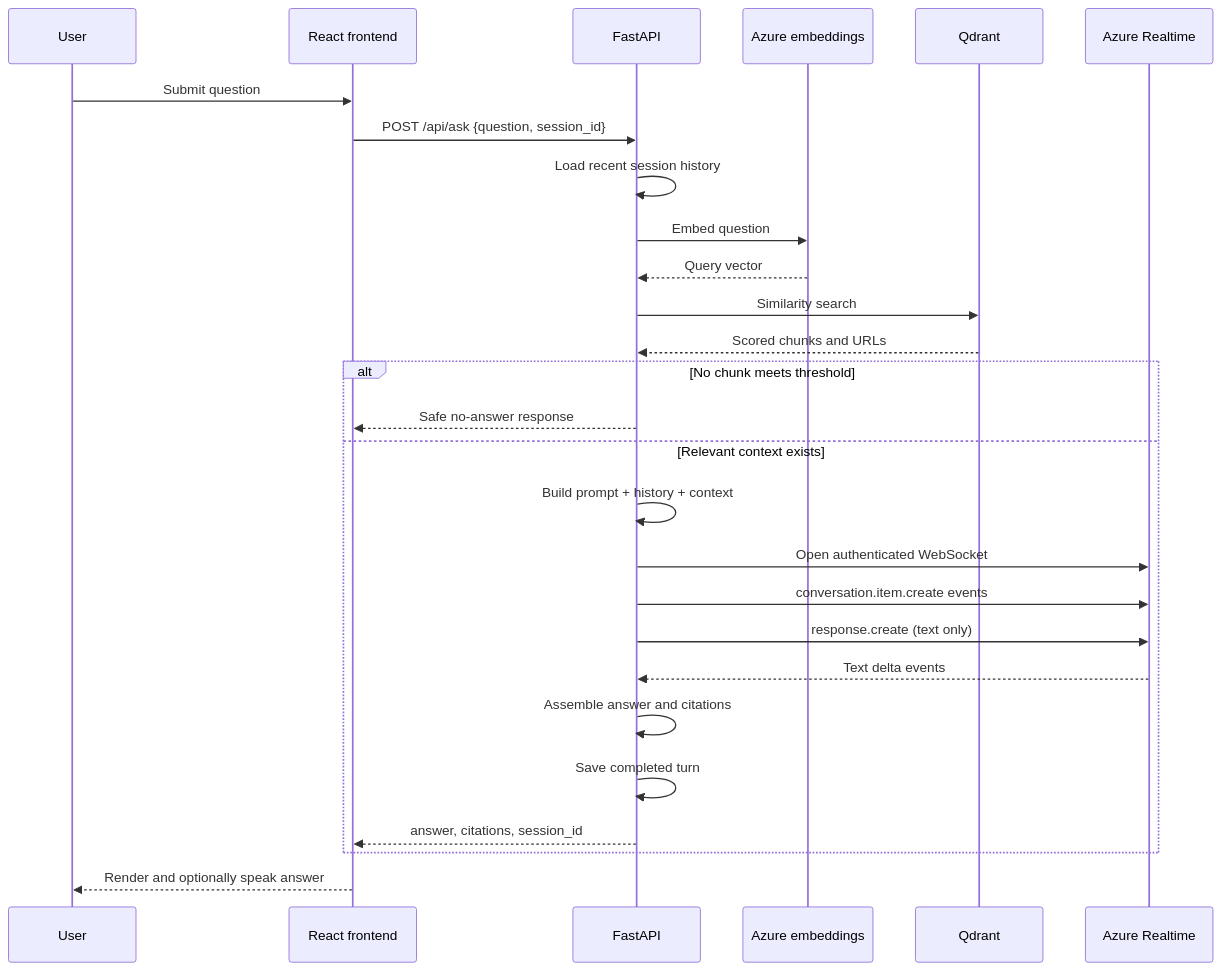
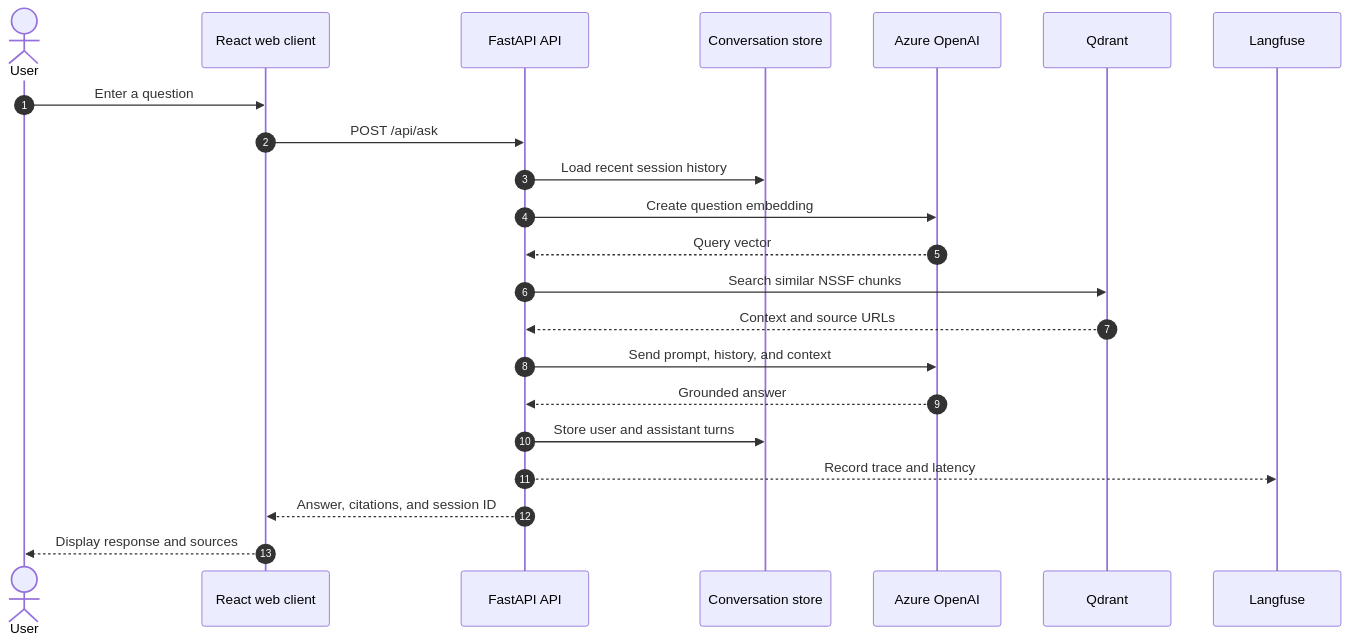
Before and after one commit to esther2145/Chatbot: the second of 5 diagrams in ARCHITECTURE.md, drawn with Mermaid. The commit also changed other lines of this file and 1 other file, not shown here.

Commit message:
architectural changes

````diff
--- a/ARCHITECTURE.md
+++ b/ARCHITECTURE.md
@@ -89,30 +110,25 @@
 ```mermaid
 sequenceDiagram
-    participant U as User
-    participant F as React frontend
-    participant A as FastAPI
-    participant E as Azure embeddings
+    autonumber
+    actor User
+    participant UI as React web client
+    participant API as FastAPI API
+    participant DB as Conversation store
+    participant AOAI as Azure OpenAI
     participant Q as Qdrant
-    participant R as Azure Realtime
+    participant LF as Langfuse
 
-    U->>F: Submit question
-    F->>A: POST /api/ask {question, session_id}
-    A->>A: Load recent session history
-    A->>E: Embed question
-    E-->>A: Query vector
-    A->>Q: Similarity search
-    Q-->>A: Scored chunks and URLs
-    alt No chunk meets threshold
-        A-->>F: Safe no-answer response
-    else Relevant context exists
-        A->>A: Build prompt + history + context
-        A->>R: Open authenticated WebSocket
-        A->>R: conversation.item.create events
-        A->>R: response.create (text only)
-        R-->>A: Text delta events
-        A->>A: Assemble answer and citations
-        A->>A: Save completed turn
-        A-->>F: answer, citations, session_id
-    end
-    F-->>U: Render and optionally speak answer
+    User->>UI: Enter a question
+    UI->>API: POST /api/ask
+    API->>DB: Load recent session history
+    API->>AOAI: Create question embedding
+    AOAI-->>API: Query vector
+    API->>Q: Search similar NSSF chunks
+    Q-->>API: Context and source URLs
+    API->>AOAI: Send prompt, history, and context
+    AOAI-->>API: Grounded answer
+    API->>DB: Store user and assistant turns
+    API-->>LF: Record trace and latency
+    API-->>UI: Answer, citations, and session ID
+    UI-->>User: Display response and sources
 ```
````
